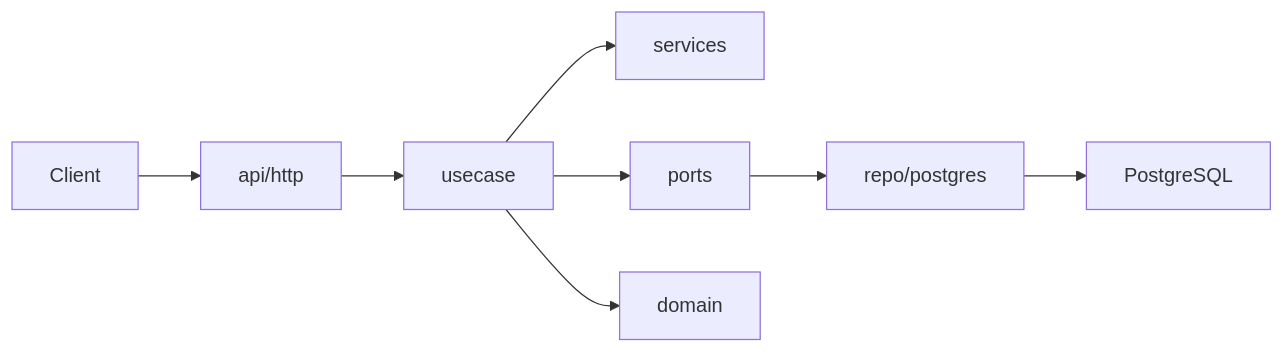
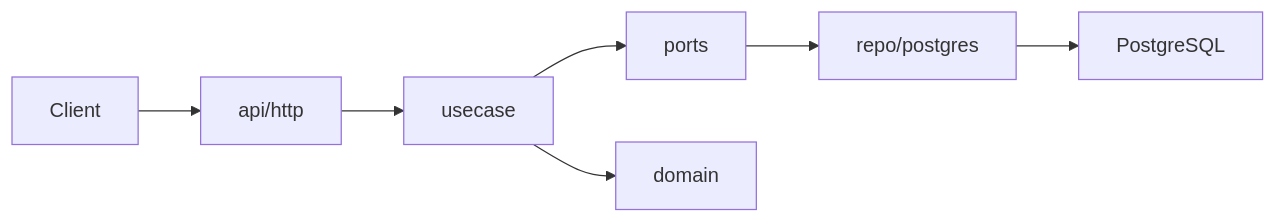
Before and after one commit to endge-lab/service-backend: the first of 5 diagrams in docs/architecture.md, drawn with Mermaid. The commit also changed other lines of this file and 48 other files, not shown here.

````diff
--- a/docs/architecture.md
+++ b/docs/architecture.md
@@ -17,10 +17,9 @@
 ```mermaid
 flowchart LR
     Client["Client"] --> HTTP["api/http"]
     HTTP --> UseCase["usecase"]
-    UseCase --> Services["services"]
     UseCase --> Ports["ports"]
     Ports --> Repo["repo/postgres"]
     Repo --> DB["PostgreSQL"]
     UseCase --> Domain["domain"]
 ```
````
